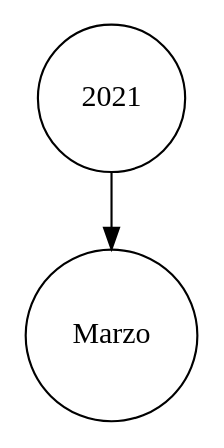
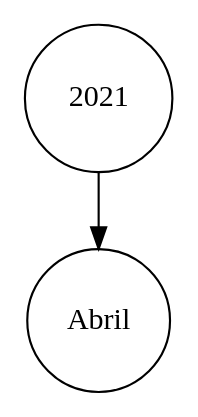
One commit to DiegoPabloPA/EDD_VirtualMall_201900226 changed the diagram in Proyecto1/diagramaAVLMeses.dot. Above: the diagram before and after it, drawn with Graphviz. The commit also changed 73 other files, not shown here.

```diff
--- a/Proyecto1/diagramaAVLMeses.dot
+++ b/Proyecto1/diagramaAVLMeses.dot
@@ -1,9 +1,9 @@
 digraph G{
 node[shape=circle];
 NodoRaiz[label="2021"];
 subgraph meses{
     style = rounded;
-NodRaiz[label="Marzo"];
+NodRaiz[label="Abril"];
 
 }NodoRaiz-> NodRaiz [lhead = meses];
 }
```
